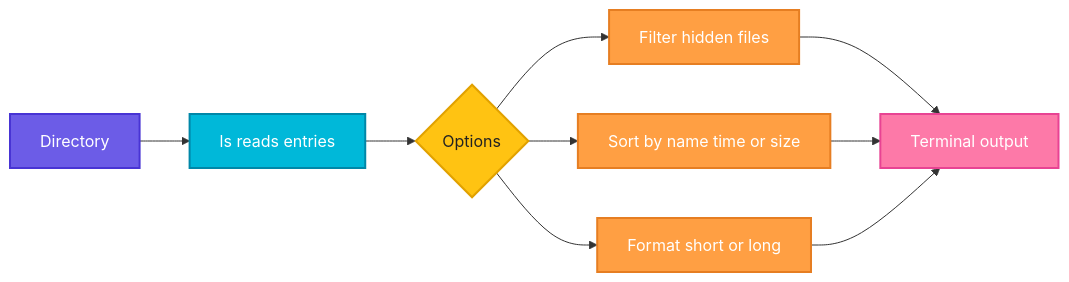
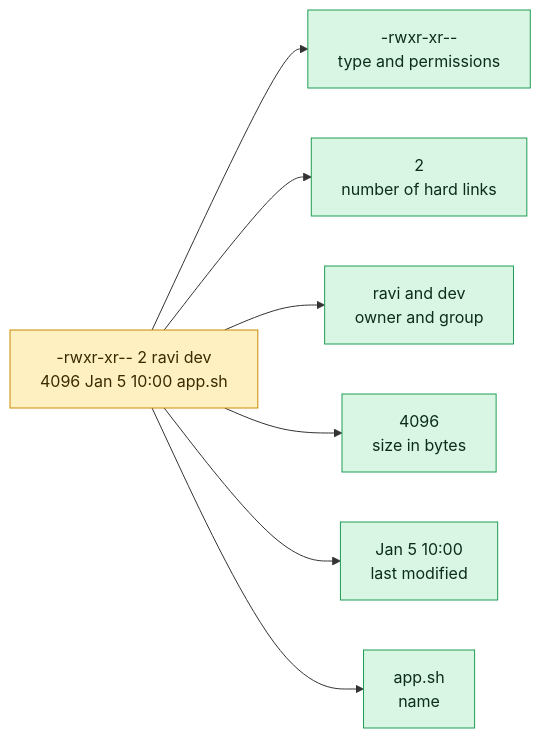
Before and after one commit to codeKerdosTech/DevOps-Documentation: the diagram in linux/file-management/ls.md, drawn with Mermaid. The commit also changed other lines of this file and 165 other files, not shown here.

Commit message:
updated diagrams in linux

````diff
--- a/linux/file-management/ls.md
+++ b/linux/file-management/ls.md
@@ -14,23 +14,16 @@
 ```mermaid
 flowchart LR
-    A[Directory] --> B[ls reads entries]
-    B --> C{Options}
-    C --> D[Filter hidden files]
-    C --> E[Sort by name time or size]
-    C --> F[Format short or long]
-    D --> G[Terminal output]
-    E --> G
-    F --> G
-    classDef start fill:#6C5CE7,stroke:#4834D4,stroke-width:2px,color:#fff
-    classDef proc fill:#00B8D9,stroke:#0087A8,stroke-width:2px,color:#fff
-    classDef dec fill:#FFC312,stroke:#E1A100,stroke-width:2px,color:#222
-    classDef ok fill:#2ECC71,stroke:#1E8449,stroke-width:2px,color:#fff
-    classDef err fill:#FF4757,stroke:#C0392B,stroke-width:2px,color:#fff
-    classDef out fill:#FD79A8,stroke:#E84393,stroke-width:2px,color:#fff
-    classDef alt fill:#FF9F43,stroke:#E67E22,stroke-width:2px,color:#fff
-    class A start
-    class B proc
-    class C dec
-    class D,E,F alt
-    class G out
+    c1[-rwxr-xr--  2  ravi dev<br/>4096  Jan 5 10:00  app.sh] --> o1[-rwxr-xr--<br/>type and permissions]
+    c1 --> o2[2<br/>number of hard links]
+    c1 --> o3[ravi and dev<br/>owner and group]
+    c1 --> o4[4096<br/>size in bytes]
+    c1 --> o5[Jan 5 10:00<br/>last modified]
+    c1 --> o6[app.sh<br/>name]
+    classDef inp fill:#DCEBFF,stroke:#2F6FDE,color:#10213F
+    classDef cmd fill:#FFF0C2,stroke:#C98A00,color:#3A2A00
+    classDef out fill:#D9F5E3,stroke:#1F9D55,color:#0B2E1A
+    classDef bad fill:#FDE0E0,stroke:#D13B3B,color:#4A0F0F
+    classDef note fill:#ECEFF3,stroke:#7B8794,color:#1F2933
+    class c1 cmd
+    class o1,o2,o3,o4,o5,o6 out
 ```
````
